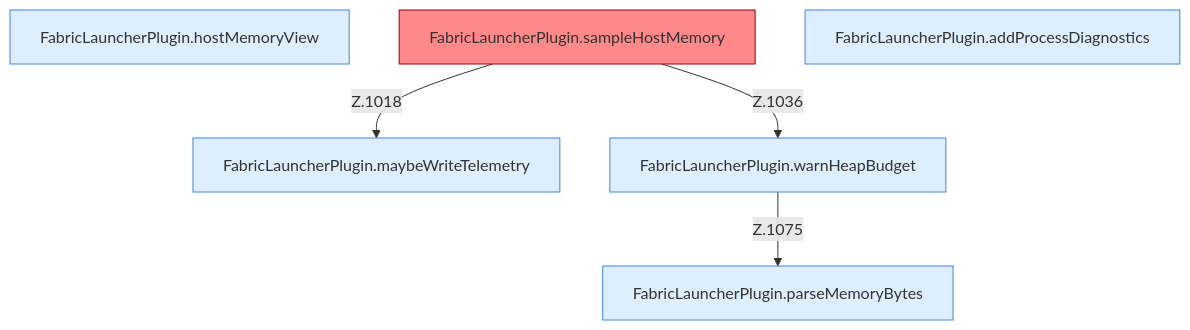
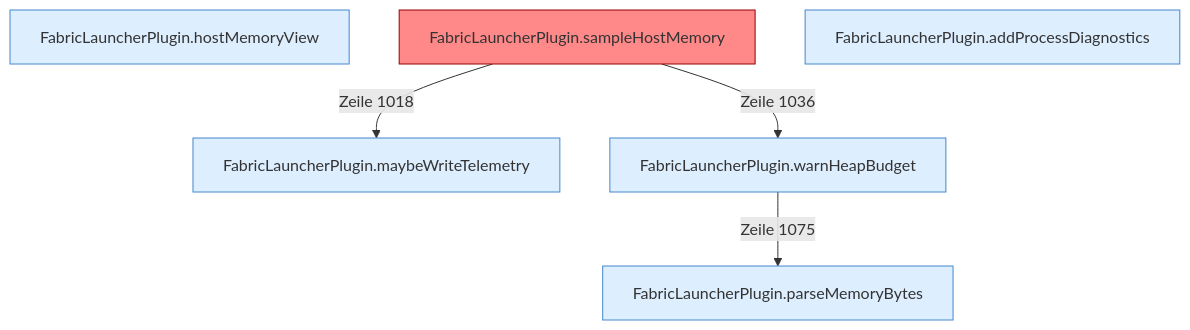
One commit to PrinceDiamant/minecraft-serverhoster-plugin changed the diagram in Speicher-Probe.md. Above: the diagram before and after it, drawn with Mermaid. The commit also changed other lines of this file and 2005 other files, not shown here.

````diff
--- a/Speicher-Probe.md
+++ b/Speicher-Probe.md
@@ -5,15 +5,15 @@
 ```mermaid
 flowchart TD
   n1["FabricLauncherPlugin.hostMemoryView"]:::internal-link
   n2["FabricLauncherPlugin.maybeWriteTelemetry"]:::internal-link
   n3["FabricLauncherPlugin.sampleHostMemory"]:::internal-link
   n4["FabricLauncherPlugin.warnHeapBudget"]:::internal-link
   n5["FabricLauncherPlugin.parseMemoryBytes"]:::internal-link
   n6["FabricLauncherPlugin.addProcessDiagnostics"]:::internal-link
-  n3 -->|"Z.1018"| n2
-  n3 -->|"Z.1036"| n4
-  n4 -->|"Z.1075"| n5
+  n3 -->|"Zeile 1018"| n2
+  n3 -->|"Zeile 1036"| n4
+  n4 -->|"Zeile 1075"| n5
   classDef internal-link fill:#ddeeff,stroke:#4488cc
   classDef befund fill:#f88
   style n3 fill:#f88,stroke:#900
 ```
````
